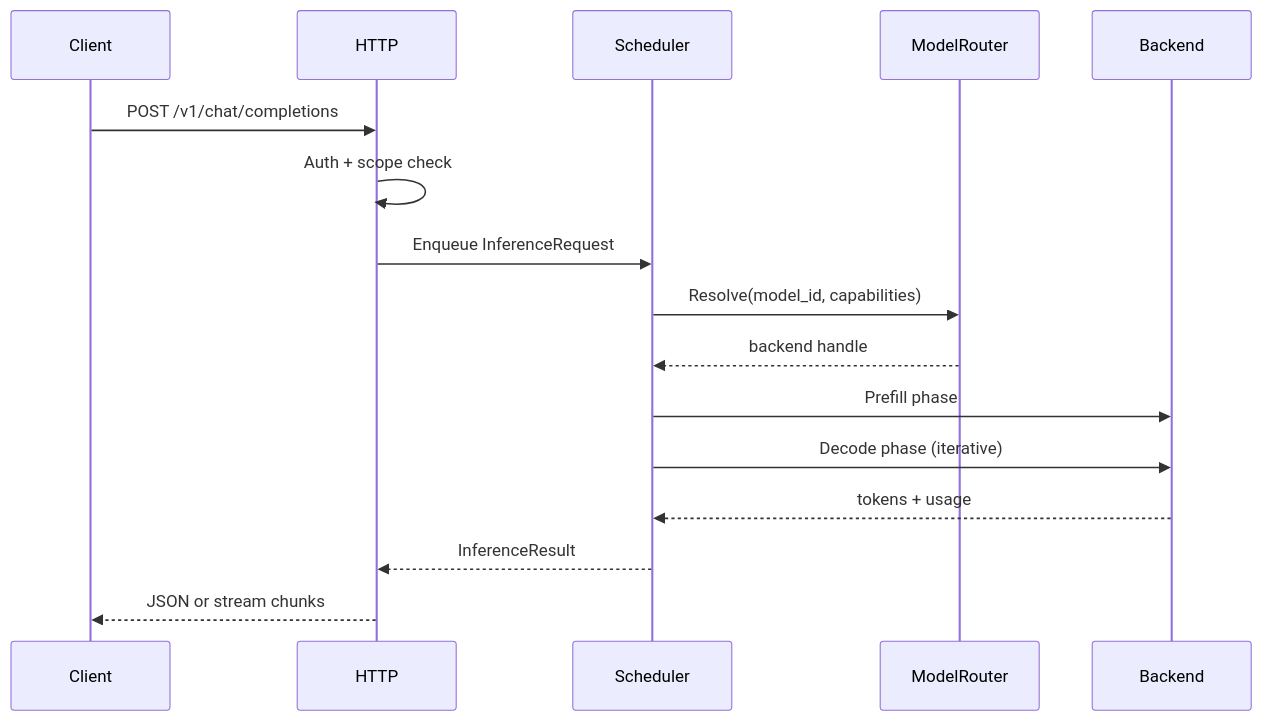
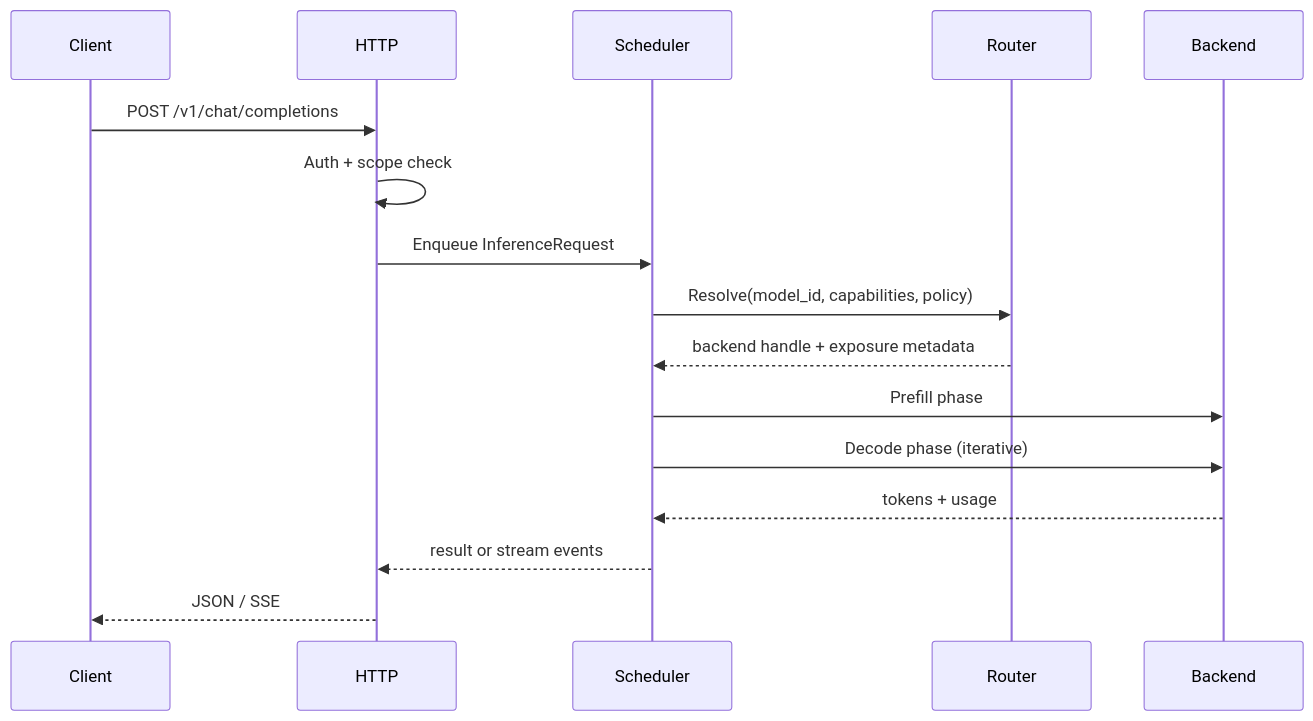
Before and after one commit to vjsingh1984/inferflux: the second of 3 diagrams in docs/Architecture.md, drawn with Mermaid. The commit also changed other lines of this file and 11 other files, not shown here.

````diff
--- a/docs/Architecture.md
+++ b/docs/Architecture.md
@@ -26,19 +26,19 @@
 ```mermaid
 sequenceDiagram
     participant C as Client
     participant H as HTTP
     participant S as Scheduler
-    participant R as ModelRouter
+    participant R as Router
     participant B as Backend
 
     C->>H: POST /v1/chat/completions
     H->>H: Auth + scope check
     H->>S: Enqueue InferenceRequest
-    S->>R: Resolve(model_id, capabilities)
-    R-->>S: backend handle
+    S->>R: Resolve(model_id, capabilities, policy)
+    R-->>S: backend handle + exposure metadata
     S->>B: Prefill phase
     S->>B: Decode phase (iterative)
     B-->>S: tokens + usage
-    S-->>H: InferenceResult
-    H-->>C: JSON or stream chunks
+    S-->>H: result or stream events
+    H-->>C: JSON / SSE
 ```
````
